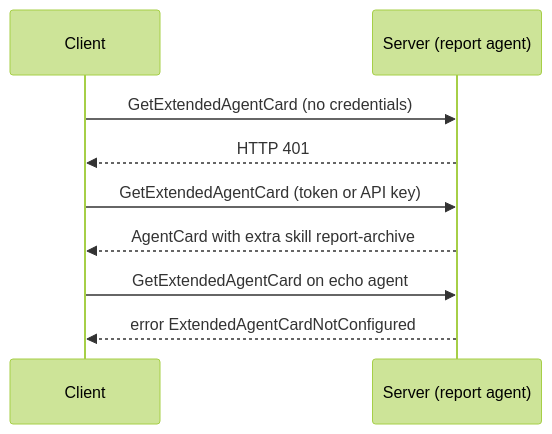
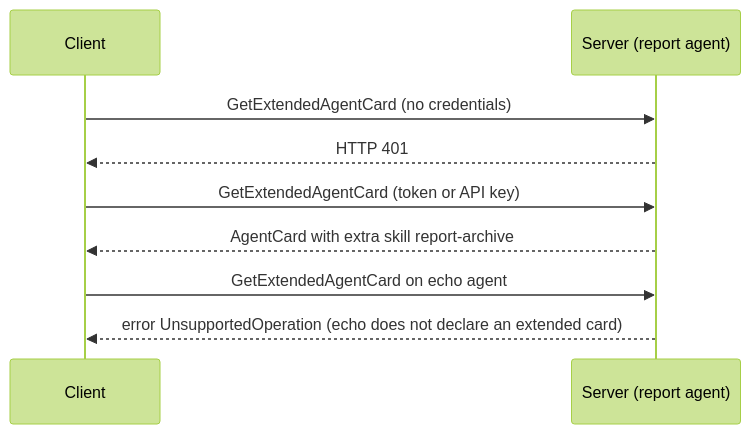
Before and after one commit to roman-ambinder/a2a-starter: the tenth of 12 diagrams in docs/flows.md, drawn with Mermaid (forest theme). The commit also changed other lines of this file and 49 other files, not shown here.

````diff
--- a/docs/flows.md
+++ b/docs/flows.md
@@ -206,11 +206,11 @@
 ```mermaid
 sequenceDiagram
     participant C as Client
     participant S as Server (report agent)
     C->>S: GetExtendedAgentCard (no credentials)
     S-->>C: HTTP 401
     C->>S: GetExtendedAgentCard (token or API key)
     S-->>C: AgentCard with extra skill report-archive
     C->>S: GetExtendedAgentCard on echo agent
-    S-->>C: error ExtendedAgentCardNotConfigured
+    S-->>C: error UnsupportedOperation (echo does not declare an extended card)
 ```
````
